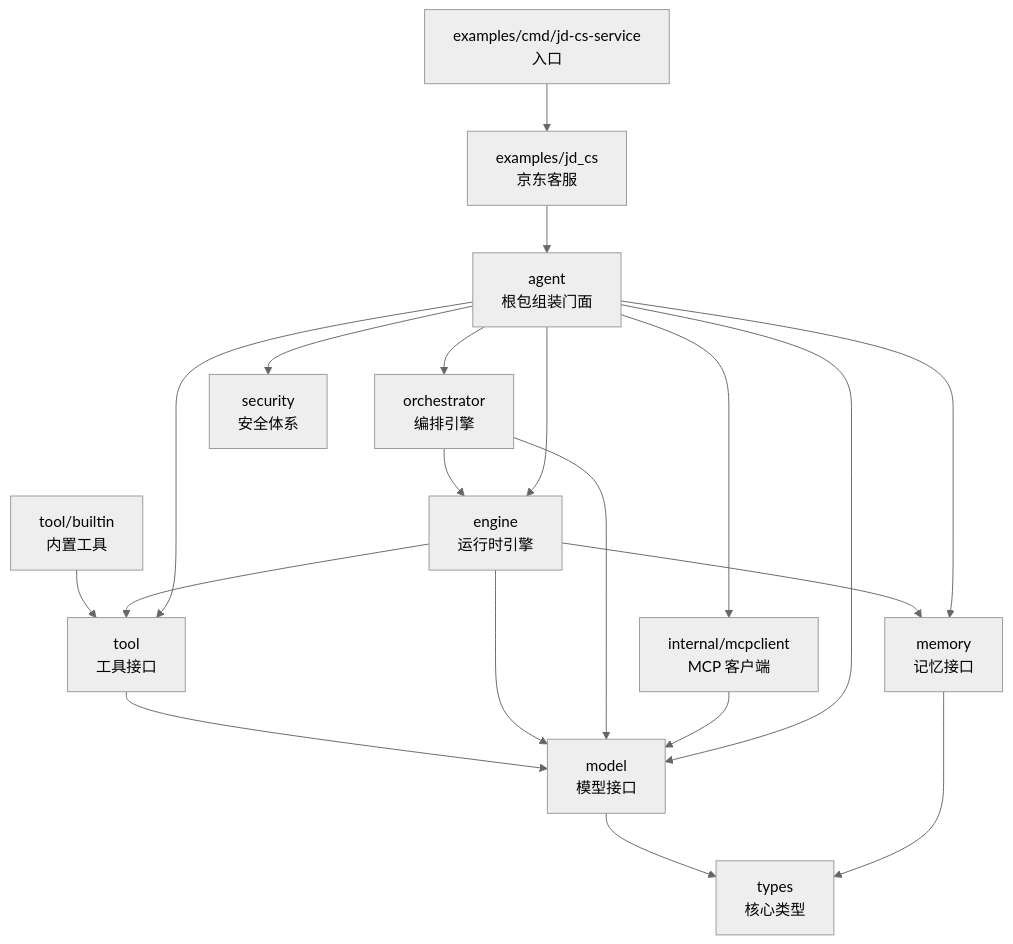
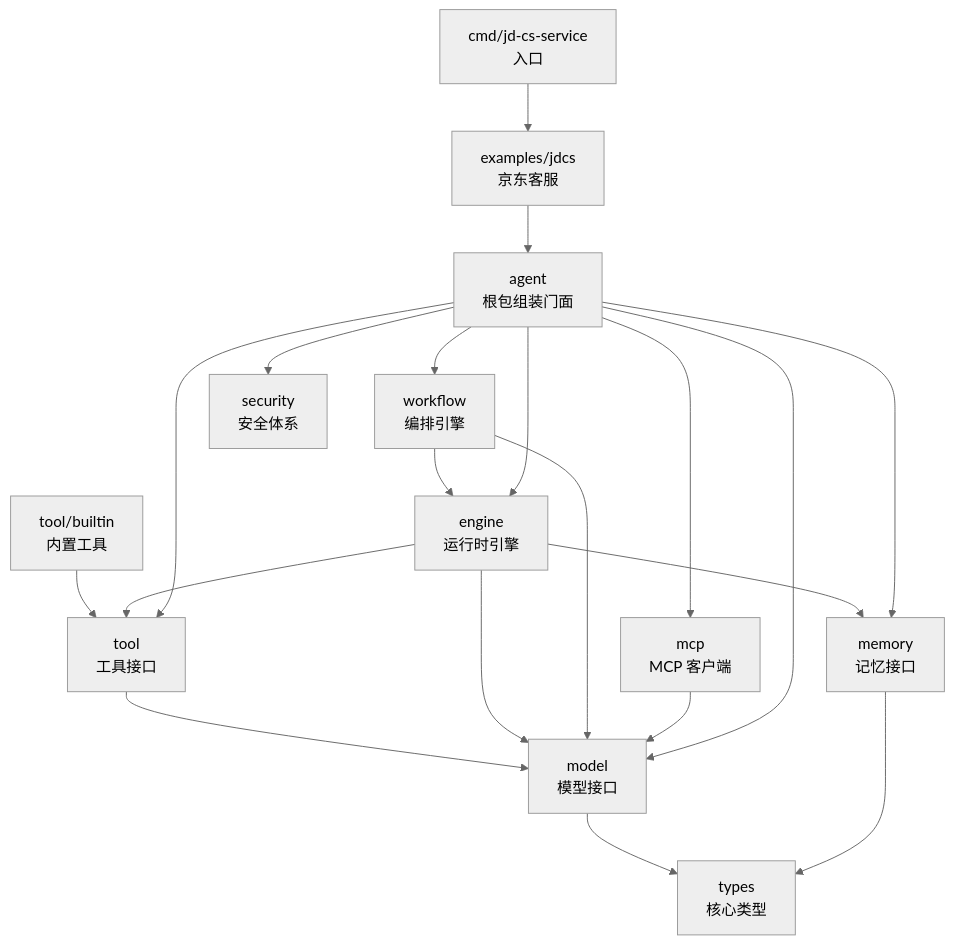
One commit to apexracing/tracklogic-agent changed the second of 2 diagrams in docs/02-architecture.md. Above: the diagram before and after it, drawn with Mermaid (neutral theme). The commit also changed other lines of this file and 47 other files, not shown here.

````diff
--- a/docs/02-architecture.md
+++ b/docs/02-architecture.md
@@ -390,40 +388,40 @@
 ```mermaid
 graph TB
     TYPES["types<br/>核心类型"]
     
     MODEL["model<br/>模型接口"]
     MEMORY["memory<br/>记忆接口"]
     TOOL["tool<br/>工具接口"]
     BUILTIN["tool/builtin<br/>内置工具"]
     
     ENGINE["engine<br/>运行时引擎"]
-    ORCH["orchestrator<br/>编排引擎"]
-    MCP["internal/mcpclient<br/>MCP 客户端"]
+    ORCH["workflow<br/>编排引擎"]
+    MCP["mcp<br/>MCP 客户端"]
     SEC["security<br/>安全体系"]
     HARNESS["agent<br/>根包组装门面"]
-    JDCS["examples/jd_cs<br/>京东客服"]
-    MAIN["examples/cmd/jd-cs-service<br/>入口"]
+    JDCS["examples/jdcs<br/>京东客服"]
+    MAIN["cmd/jd-cs-service<br/>入口"]
     
     MODEL --> TYPES
     MEMORY --> TYPES
     
     TOOL --> MODEL
     BUILTIN --> TOOL
     ENGINE --> MODEL
     ENGINE --> MEMORY
     ENGINE --> TOOL
     
     ORCH --> ENGINE
     ORCH --> MODEL
     MCP --> MODEL
     HARNESS --> ENGINE
     HARNESS --> TOOL
     HARNESS --> MEMORY
     HARNESS --> MODEL
     HARNESS --> ORCH
     HARNESS --> MCP
     HARNESS --> SEC
     
     JDCS --> HARNESS
     MAIN --> JDCS
 ```
````
